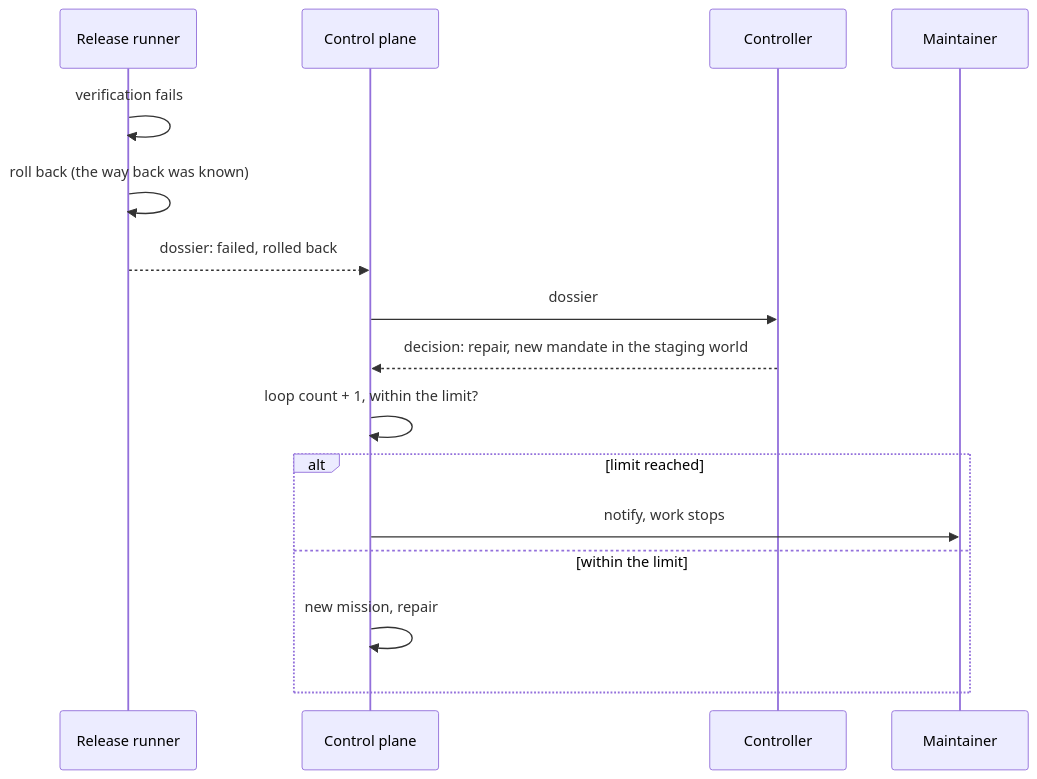
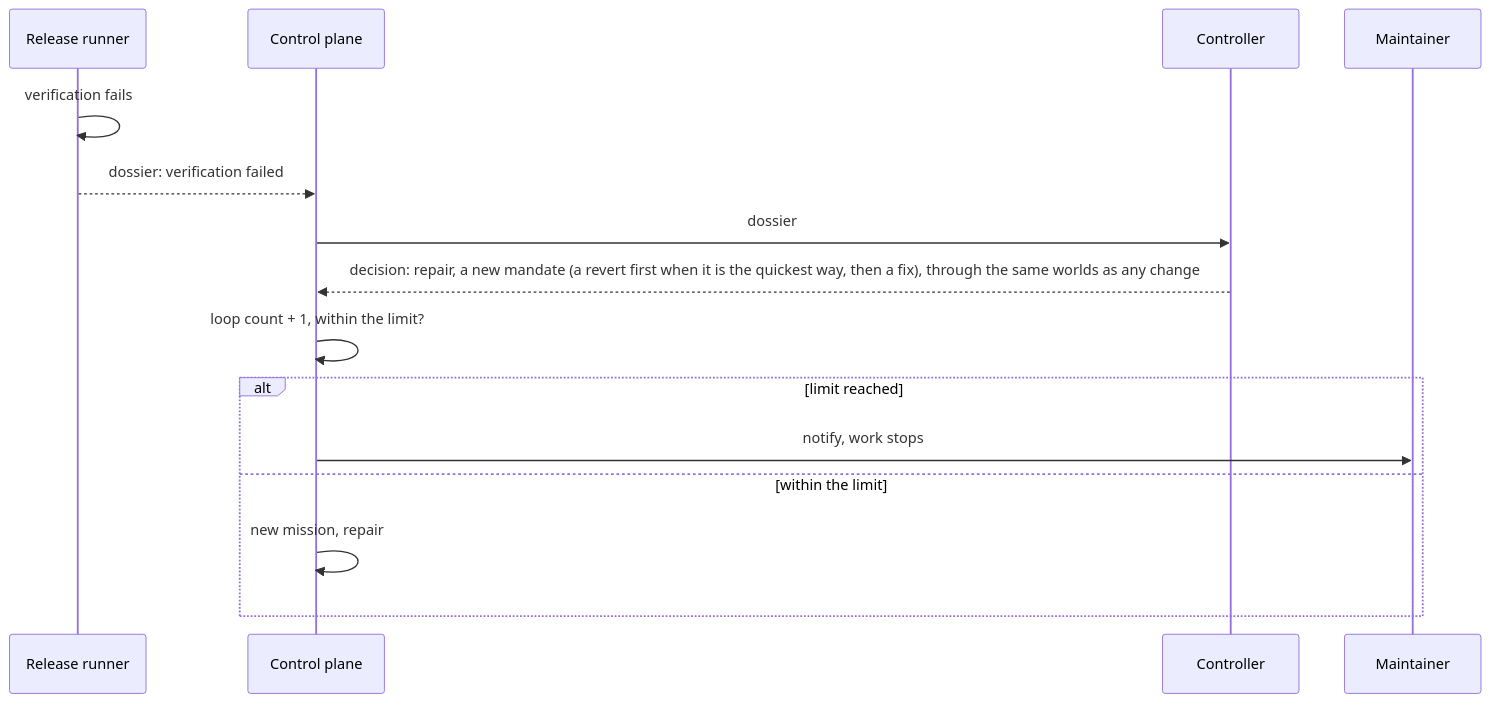
Diagram 12 of 12 in docs/ARCHITECTURE.md (MafLabs38/orchestrarr), drawn with Mermaid before and after one commit. The commit also changed other lines of this file and 10 other files, not shown here.

First line of the commit message:
docs: the way back is a change that the loop makes through the same process (D-93, ADR 0040)

````diff
--- a/docs/ARCHITECTURE.md
+++ b/docs/ARCHITECTURE.md
@@ -426,18 +426,17 @@
 ```mermaid
 sequenceDiagram
     participant R as Release runner
     participant CP as Control plane
     participant C as Controller
     participant M as Maintainer
     R->>R: verification fails
-    R->>R: roll back (the way back was known)
-    R-->>CP: dossier: failed, rolled back
+    R-->>CP: dossier: verification failed
     CP->>C: dossier
-    C-->>CP: decision: repair, new mandate in the staging world
+    C-->>CP: decision: repair, a new mandate (a revert first when it is the quickest way, then a fix), through the same worlds as any change
     CP->>CP: loop count + 1, within the limit?
     alt limit reached
         CP->>M: notify, work stops
     else within the limit
         CP->>CP: new mission, repair
     end
 ```
````
